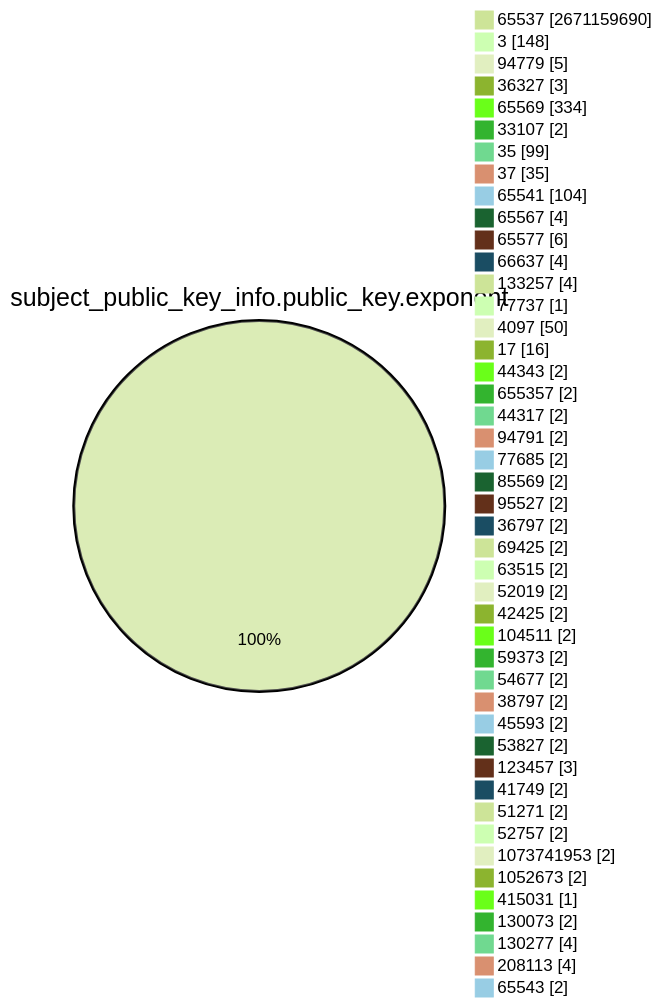
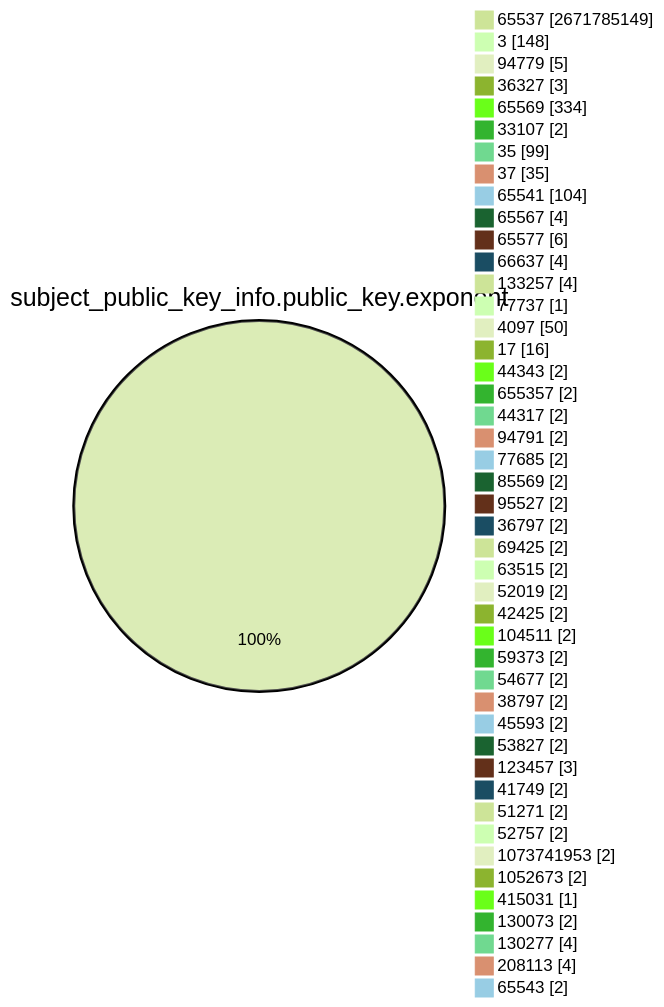
Before and after one commit to christiankrug/ctmonitor_visualization: the fourth of 15 diagrams in TOTAL/README.md, drawn with Mermaid (forest theme). The commit also changed other lines of this file, not shown here.

````diff
--- a/TOTAL/README.md
+++ b/TOTAL/README.md
@@ -1466,49 +1466,49 @@
 ```mermaid
 pie showData
 title subject_public_key_info.public_key.exponent
-"65537" :2671159690
+"65537" :2671785149
 "3" :148
 "94779" :5
 "36327" :3
 "65569" :334
 "33107" :2
 "35" :99
 "37" :35
 "65541" :104
 "65567" :4
 "65577" :6
 "66637" :4
 "133257" :4
 "77737" :1
 "4097" :50
 "17" :16
 "44343" :2
 "655357" :2
 "44317" :2
 "94791" :2
 "77685" :2
 "85569" :2
 "95527" :2
 "36797" :2
 "69425" :2
 "63515" :2
 "52019" :2
 "42425" :2
 "104511" :2
 "59373" :2
 "54677" :2
 "38797" :2
 "45593" :2
 "53827" :2
 "123457" :3
 "41749" :2
 "51271" :2
 "52757" :2
 "1073741953" :2
 "1052673" :2
 "415031" :1
 "130073" :2
 "130277" :4
 "208113" :4
 "65543" :2
 ```
````
